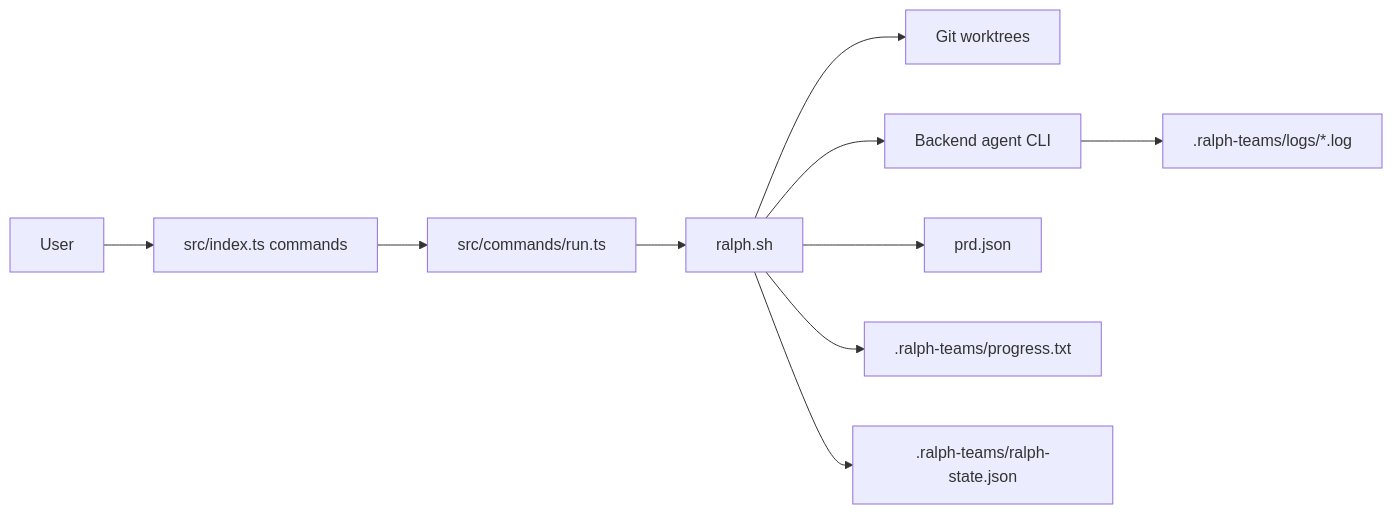
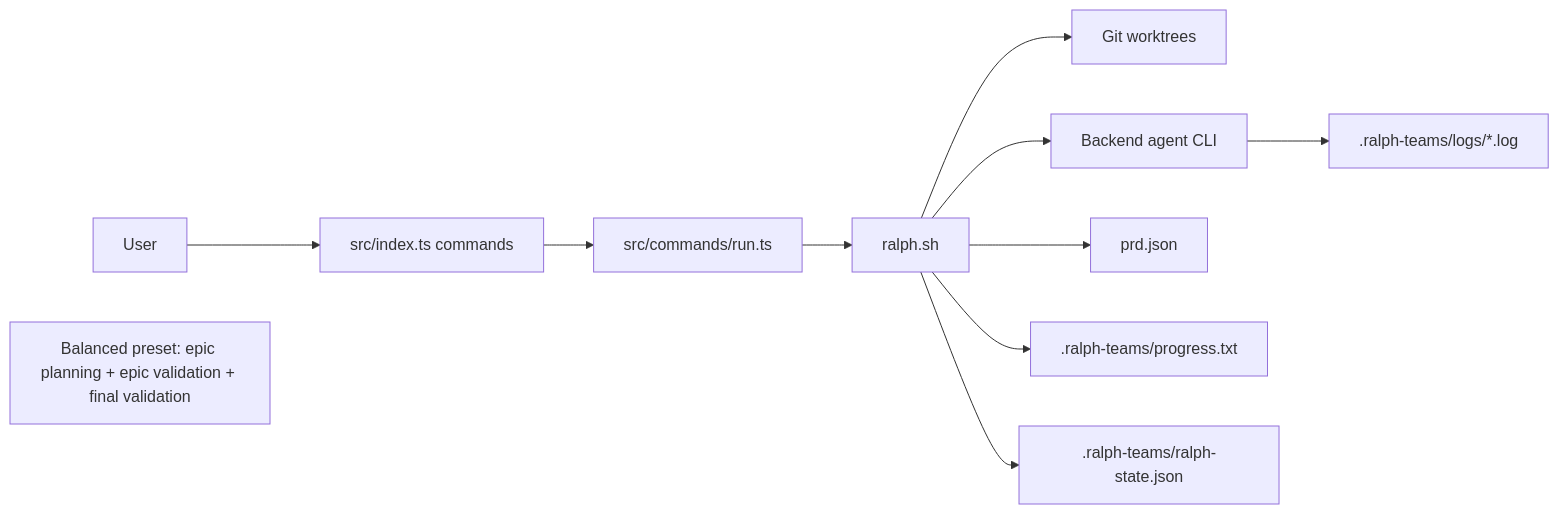
Before and after one commit to tuansondinh/ralph-teams: the diagram in architecture.md, drawn with Mermaid. The commit also changed other lines of this file and 9 other files, not shown here.

Commit message:
Update setup flow and timeout propagation

````diff
--- a/architecture.md
+++ b/architecture.md
@@ -25,12 +25,13 @@
 ```mermaid
 flowchart LR
-    U[User] --> CLI[src/index.ts commands]
-    CLI --> RUN[src/commands/run.ts]
-    RUN --> SH[ralph.sh]
-    SH --> WT[Git worktrees]
-    SH --> AGENTS[Backend agent CLI]
-    AGENTS --> LOGS[.ralph-teams/logs/*.log]
-    SH --> PRD[prd.json]
-    SH --> PROGRESS[.ralph-teams/progress.txt]
-    SH --> STATE[.ralph-teams/ralph-state.json]
+    U[User] --> CLI["src/index.ts commands"]
+    CLI --> RUN["src/commands/run.ts"]
+    RUN --> SH["ralph.sh"]
+    SH --> WT["Git worktrees"]
+    SH --> AGENTS["Backend agent CLI"]
+    AGENTS --> LOGS[".ralph-teams/logs/*.log"]
+    SH --> PRD["prd.json"]
+    SH --> PROGRESS[".ralph-teams/progress.txt"]
+    SH --> STATE[".ralph-teams/ralph-state.json"]
+    note["Balanced preset: epic planning + epic validation + final validation"]
 ```
````
